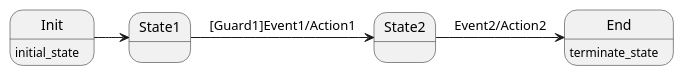
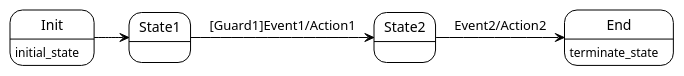
The second of 3 diagrams in readme.md (lclei/boost_msm_guide), drawn with PlantUML before and after one commit. The commit also changed other lines of this file, not shown here.

````diff
--- a/readme.md
+++ b/readme.md
@@ -218,11 +218,12 @@
 ```plantuml
 @startuml
+!theme plain
 state Init : initial_state
 state State1
 state State2
 state End : terminate_state
 Init -> State1
 State1 -> State2 : [Guard1]Event1/Action1
 State2 -> End : Event2/Action2
 @enduml
 ```
````
